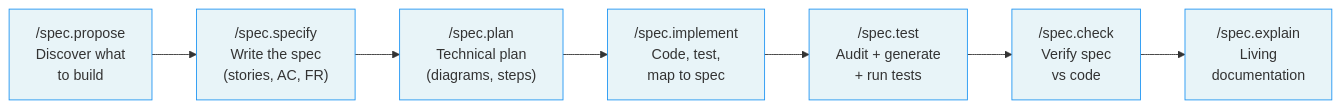
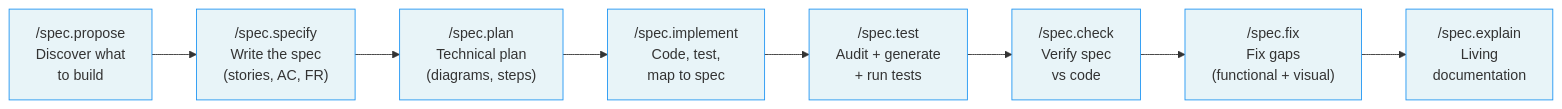
The first of 2 diagrams in README.md (julien-m/livespec), drawn with Mermaid before and after one commit. The commit also changed other lines of this file and 9 other files, not shown here.

````diff
--- a/README.md
+++ b/README.md
@@ -38,17 +38,19 @@
 ```mermaid
 flowchart LR
     P["/spec.propose\nDiscover what\nto build"] --> S["/spec.specify\nWrite the spec\n(stories, AC, FR)"]
     S --> PL["/spec.plan\nTechnical plan\n(diagrams, steps)"]
     PL --> I["/spec.implement\nCode, test,\nmap to spec"]
     I --> T["/spec.test\nAudit + generate\n+ run tests"]
     T --> C["/spec.check\nVerify spec\nvs code"]
-    C --> E["/spec.explain\nLiving\ndocumentation"]
+    C --> F["/spec.fix\nFix gaps\n(functional + visual)"]
+    F --> E["/spec.explain\nLiving\ndocumentation"]
 
     style P fill:#e8f4f8,stroke:#2196F3
     style S fill:#e8f4f8,stroke:#2196F3
     style PL fill:#e8f4f8,stroke:#2196F3
     style I fill:#e8f4f8,stroke:#2196F3
     style T fill:#e8f4f8,stroke:#2196F3
     style C fill:#e8f4f8,stroke:#2196F3
+    style F fill:#e8f4f8,stroke:#2196F3
     style E fill:#e8f4f8,stroke:#2196F3
 ```
````
